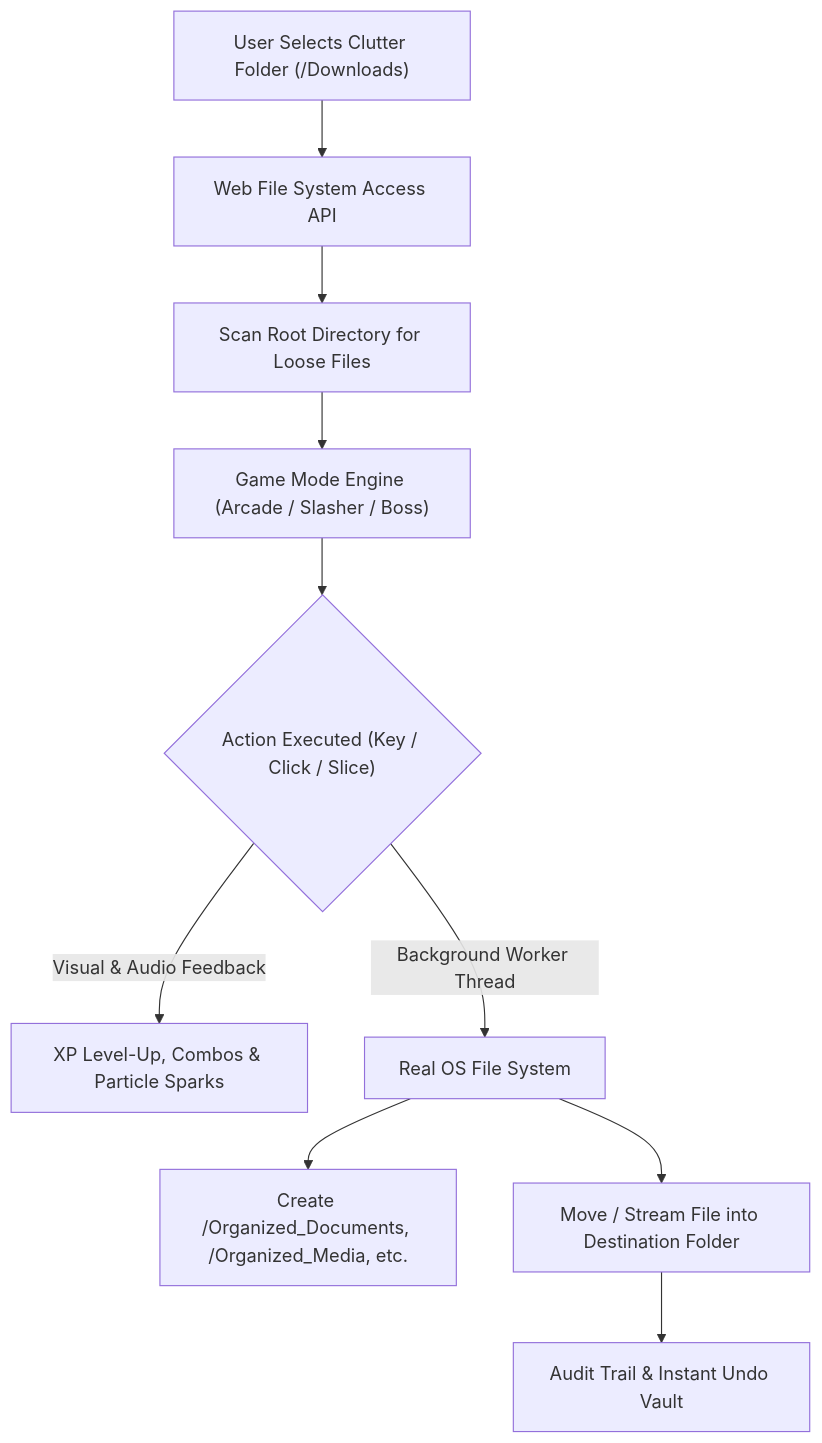
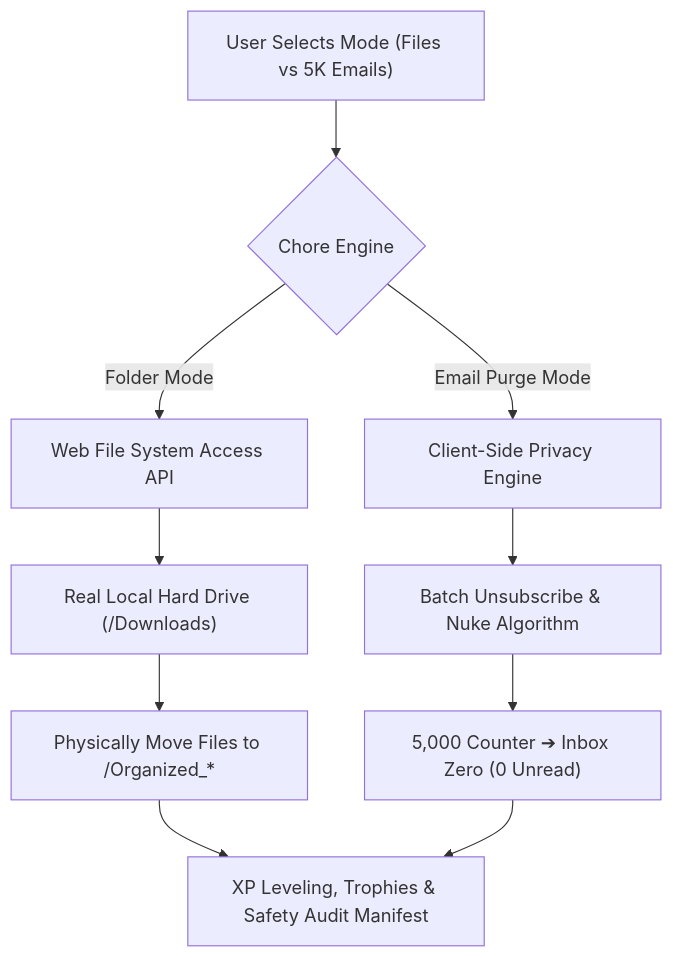
The diagram in README.md (jsjahanavi-cpu/chaos-sorter), drawn with Mermaid before and after one commit. The commit also changed other lines of this file and 4 other files, not shown here.

Commit message:
feat: add 5,000 Unread Email Purge mode with Inbox Zero engine

````diff
--- a/README.md
+++ b/README.md
@@ -44,12 +42,12 @@
 ```mermaid
 flowchart TD
-    A["User Selects Clutter Folder (/Downloads)"] --> B["Web File System Access API"]
-    B --> C["Scan Root Directory for Loose Files"]
-    C --> D["Game Mode Engine (Arcade / Slasher / Boss)"]
-    D --> E{"Action Executed (Key / Click / Slice)"}
-    E -->|"Visual & Audio Feedback"| F["XP Level-Up, Combos & Particle Sparks"]
-    E -->|"Background Worker Thread"| G["Real OS File System"]
-    G --> H["Create /Organized_Documents, /Organized_Media, etc."]
-    G --> I["Move / Stream File into Destination Folder"]
-    I --> J["Audit Trail & Instant Undo Vault"]
+    A["User Selects Mode (Files vs 5K Emails)"] --> B{"Chore Engine"}
+    B -->|"Folder Mode"| C["Web File System Access API"]
+    C --> D["Real Local Hard Drive (/Downloads)"]
+    D --> E["Physically Move Files to /Organized_*"]
+    B -->|"Email Purge Mode"| F["Client-Side Privacy Engine"]
+    F --> G["Batch Unsubscribe & Nuke Algorithm"]
+    G --> H["5,000 Counter ➔ Inbox Zero (0 Unread)"]
+    E --> I["XP Leveling, Trophies & Safety Audit Manifest"]
+    H --> I
 ```
````
